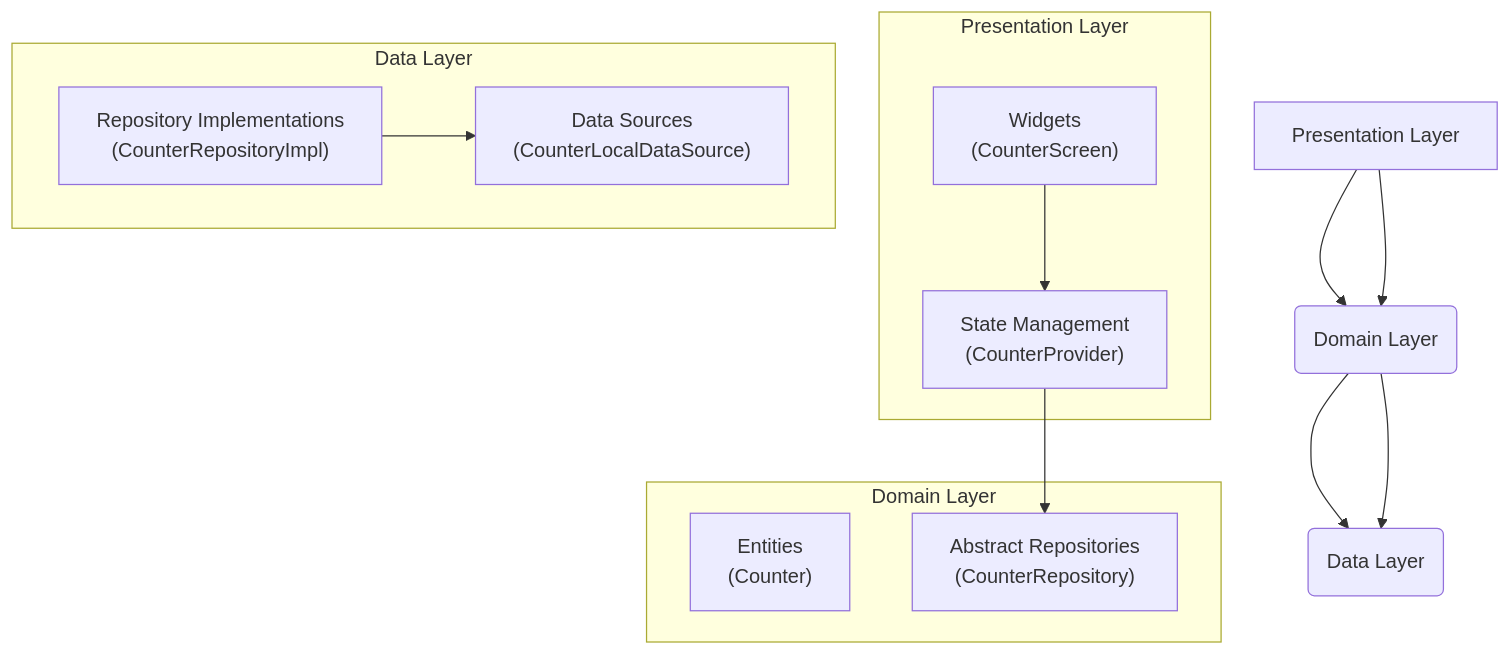
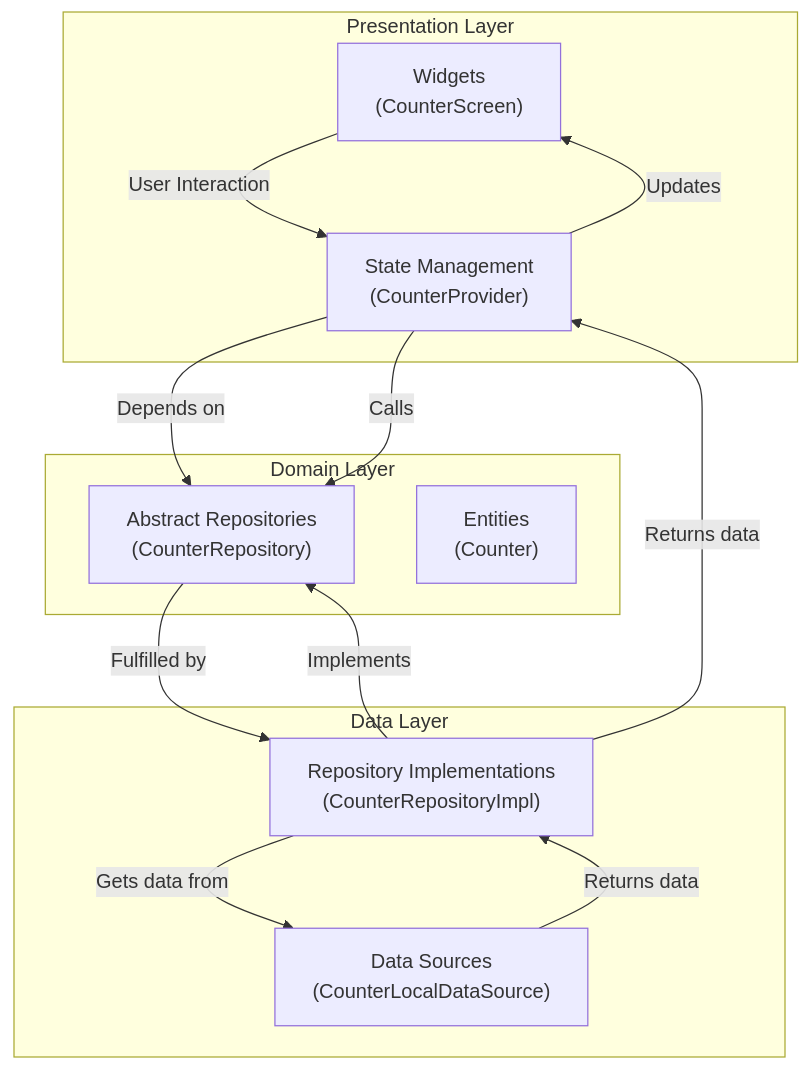
One commit to moyeenhaider3/structured_counter_app changed the diagram in README.md. Above: the diagram before and after it, drawn with Mermaid.

Commit message:
Enhance architecture diagram in README for clarity and improved data flow representation

````diff
--- a/README.md
+++ b/README.md
@@ -17,27 +17,30 @@
 ```mermaid
 graph TD
-    A[Presentation Layer] --> B(Domain Layer);
-    B --> C(Data Layer);
-
     subgraph Presentation Layer
-        D["Widgets<br>(CounterScreen)"]
-        E["State Management<br>(CounterProvider)"]
+        Widgets["Widgets<br>(CounterScreen)"]
+        Provider["State Management<br>(CounterProvider)"]
     end
 
     subgraph Domain Layer
-        F["Entities<br>(Counter)"]
-        G["Abstract Repositories<br>(CounterRepository)"]
+        AbstractRepo["Abstract Repositories<br>(CounterRepository)"]
+        Entities["Entities<br>(Counter)"]
     end
 
     subgraph Data Layer
-        H["Repository Implementations<br>(CounterRepositoryImpl)"]
-        I["Data Sources<br>(CounterLocalDataSource)"]
+        RepoImpl["Repository Implementations<br>(CounterRepositoryImpl)"]
+        DataSource["Data Sources<br>(CounterLocalDataSource)"]
     end
 
-    A --> B;
-    B --> C;
+    %% Dependency Arrows (point inwards to Domain)
+    Provider -- Depends on --> AbstractRepo
+    RepoImpl -- Implements --> AbstractRepo
 
-    D --> E;
-    E --> G;
-    H --> I;
+    %% Control/Data Flow Arrows
+    Widgets -- User Interaction --> Provider
+    Provider -- Calls --> AbstractRepo
+    AbstractRepo -- Fulfilled by --> RepoImpl
+    RepoImpl -- Gets data from --> DataSource
+    DataSource -- Returns data --> RepoImpl
+    RepoImpl -- Returns data --> Provider
+    Provider -- Updates --> Widgets
 ```
````
